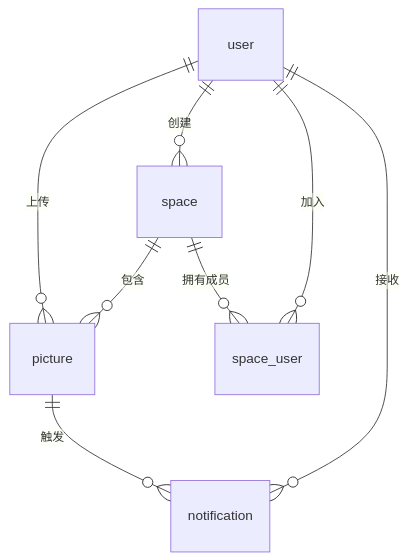
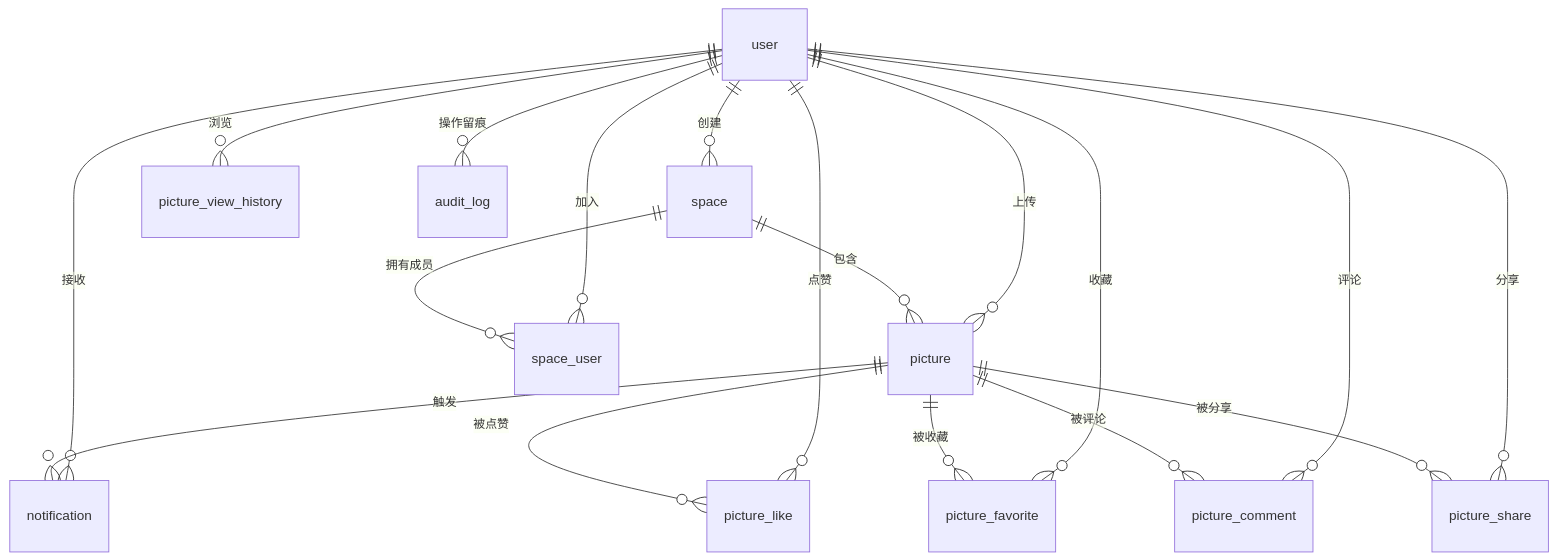
One commit to HeJiaxin-bot/visu-picture changed the second of 2 diagrams in README.md. Above: the diagram before and after it, drawn with Mermaid. The commit also changed other lines of this file and 104 other files, not shown here.

````diff
--- a/README.md
+++ b/README.md
@@ -107,10 +129,20 @@
 ```mermaid
 erDiagram
     user ||--o{ picture : "上传"
     user ||--o{ space : "创建"
     user ||--o{ space_user : "加入"
     user ||--o{ notification : "接收"
+    user ||--o{ picture_like : "点赞"
+    user ||--o{ picture_favorite : "收藏"
+    user ||--o{ picture_comment : "评论"
+    user ||--o{ picture_view_history : "浏览"
+    user ||--o{ picture_share : "分享"
+    user ||--o{ audit_log : "操作留痕"
     space ||--o{ picture : "包含"
     space ||--o{ space_user : "拥有成员"
     picture ||--o{ notification : "触发"
+    picture ||--o{ picture_like : "被点赞"
+    picture ||--o{ picture_favorite : "被收藏"
+    picture ||--o{ picture_comment : "被评论"
+    picture ||--o{ picture_share : "被分享"
 ```
````
